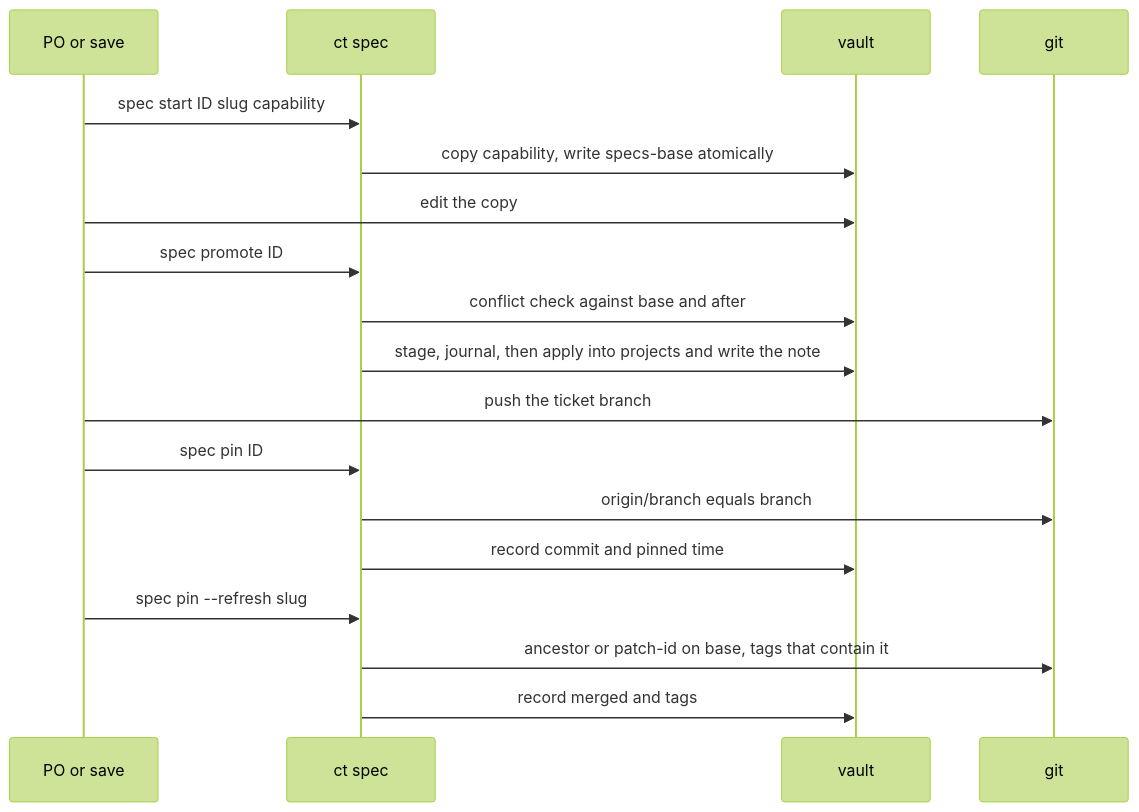
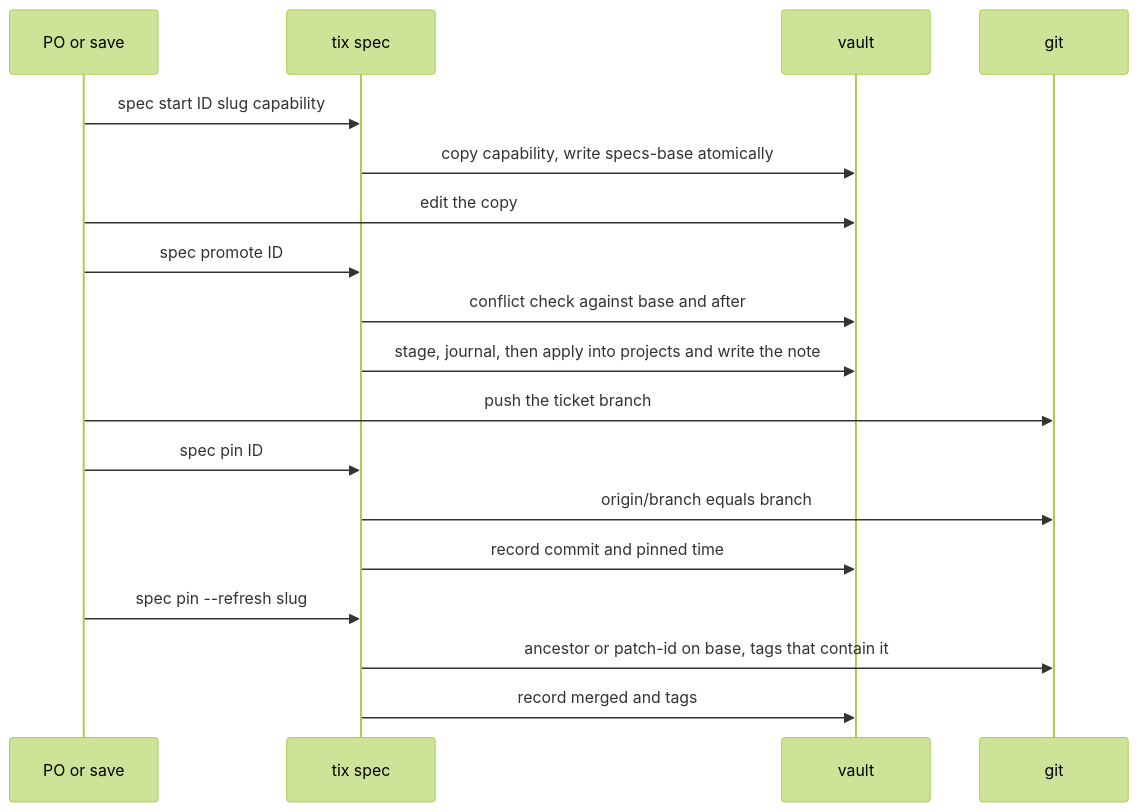
Before and after one commit to zero4573/claude-tickets: the diagram in docs/spec-versions.md, drawn with Mermaid (forest theme). The commit also changed other lines of this file and 361 other files, not shown here.

````diff
--- a/docs/spec-versions.md
+++ b/docs/spec-versions.md
@@ -23,20 +23,20 @@
 ```mermaid
 sequenceDiagram
   participant P as PO or save
-  participant C as ct spec
+  participant C as tix spec
   participant V as vault
   participant G as git
   P->>C: spec start ID slug capability
   C->>V: copy capability, write specs-base atomically
   P->>V: edit the copy
   P->>C: spec promote ID
   C->>V: conflict check against base and after
   C->>V: stage, journal, then apply into projects and write the note
   P->>G: push the ticket branch
   P->>C: spec pin ID
   C->>G: origin/branch equals branch
   C->>V: record commit and pinned time
   P->>C: spec pin --refresh slug
   C->>G: ancestor or patch-id on base, tags that contain it
   C->>V: record merged and tags
 ```
````
